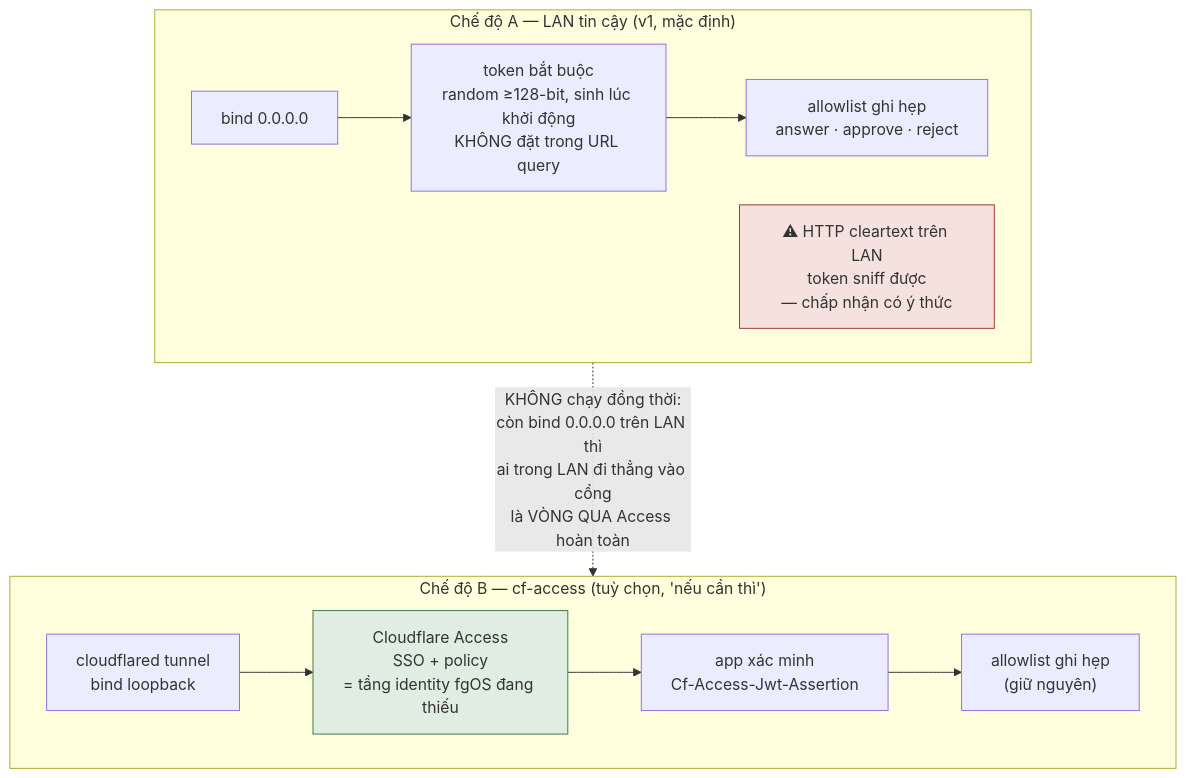
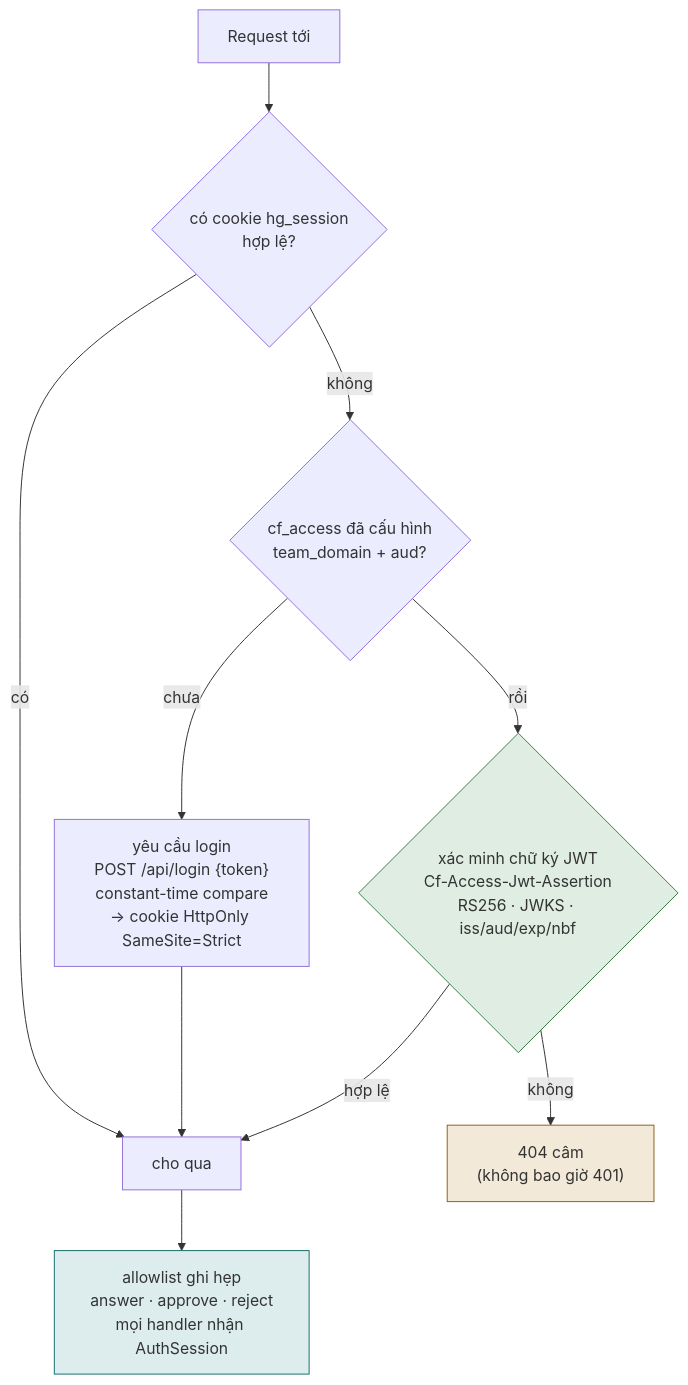
The second of 3 diagrams in docs/history/herdr-web-dashboard/DISCUSSION.md (vantt/forgent), drawn with Mermaid before and after one commit. The commit also changed other lines of this file, not shown here.

Commit message:
docs(tsk-ldb): round 5 - adopt verified two-layer auth idiom, retract round-4 mutual-exclusion claim

````diff
--- a/docs/history/herdr-web-dashboard/DISCUSSION.md
+++ b/docs/history/herdr-web-dashboard/DISCUSSION.md
@@ -391,17 +445,16 @@
 ```mermaid
 flowchart TB
-    subgraph M1["Chế độ A — LAN tin cậy (v1, mặc định)"]
-      A1["bind 0.0.0.0"] --> A2["token bắt buộc<br/>random ≥128-bit, sinh lúc khởi động<br/>KHÔNG đặt trong URL query"]
-      A2 --> A3["allowlist ghi hẹp<br/>answer · approve · reject"]
-      A4["⚠ HTTP cleartext trên LAN<br/>token sniff được<br/>— chấp nhận có ý thức"]
-    end
-    subgraph M2["Chế độ B — cf-access (tuỳ chọn, 'nếu cần thì')"]
-      B1["cloudflared tunnel<br/>bind loopback"] --> B2["Cloudflare Access<br/>SSO + policy<br/>= tầng identity fgOS đang thiếu"]
-      B2 --> B3["app xác minh<br/>Cf-Access-Jwt-Assertion"]
-      B3 --> B4["allowlist ghi hẹp<br/>(giữ nguyên)"]
-    end
-    M1 -.->|"KHÔNG chạy đồng thời:<br/>còn bind 0.0.0.0 trên LAN thì<br/>ai trong LAN đi thẳng vào cổng<br/>là VÒNG QUA Access hoàn toàn"| M2
+    R["Request tới"] --> C{"có cookie hg_session<br/>hợp lệ?"}
+    C -->|"có"| OK["cho qua"]
+    C -->|"không"| CF{"cf_access đã cấu hình<br/>team_domain + aud?"}
+    CF -->|"chưa"| L["yêu cầu login<br/>POST /api/login {token}<br/>constant-time compare<br/>→ cookie HttpOnly SameSite=Strict"]
+    CF -->|"rồi"| V{"xác minh chữ ký JWT<br/>Cf-Access-Jwt-Assertion<br/>RS256 · JWKS · iss/aud/exp/nbf"}
+    V -->|"hợp lệ"| OK
+    V -->|"không"| F["404 câm<br/>(không bao giờ 401)"]
+    L --> OK
+    OK --> AL["allowlist ghi hẹp<br/>answer · approve · reject<br/>mọi handler nhận AuthSession"]
 
-    style A4 fill:#f5e2df,stroke:#9E3A30
-    style B2 fill:#e0ede2,stroke:#3B7A4B
+    style V fill:#e0ede2,stroke:#3B7A4B
+    style AL fill:#ddeded,stroke:#186E71
+    style F fill:#f2e9d8,stroke:#8E6318
 ```
````
